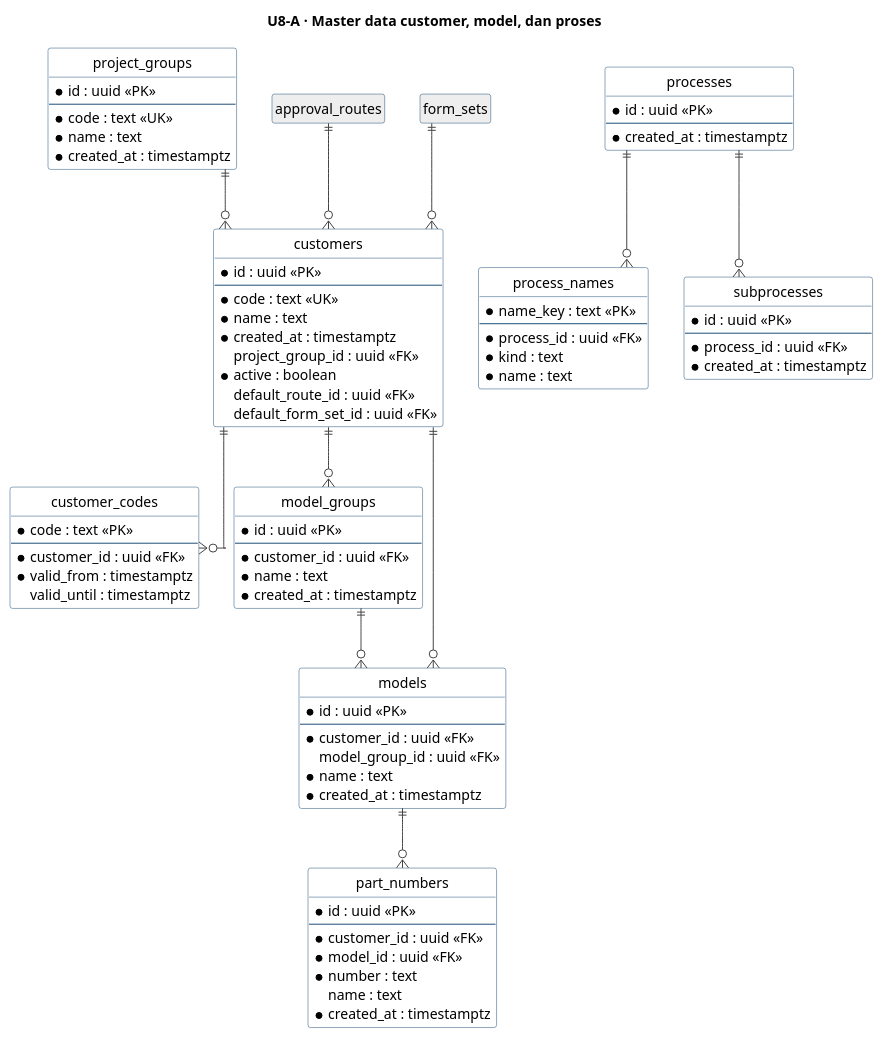
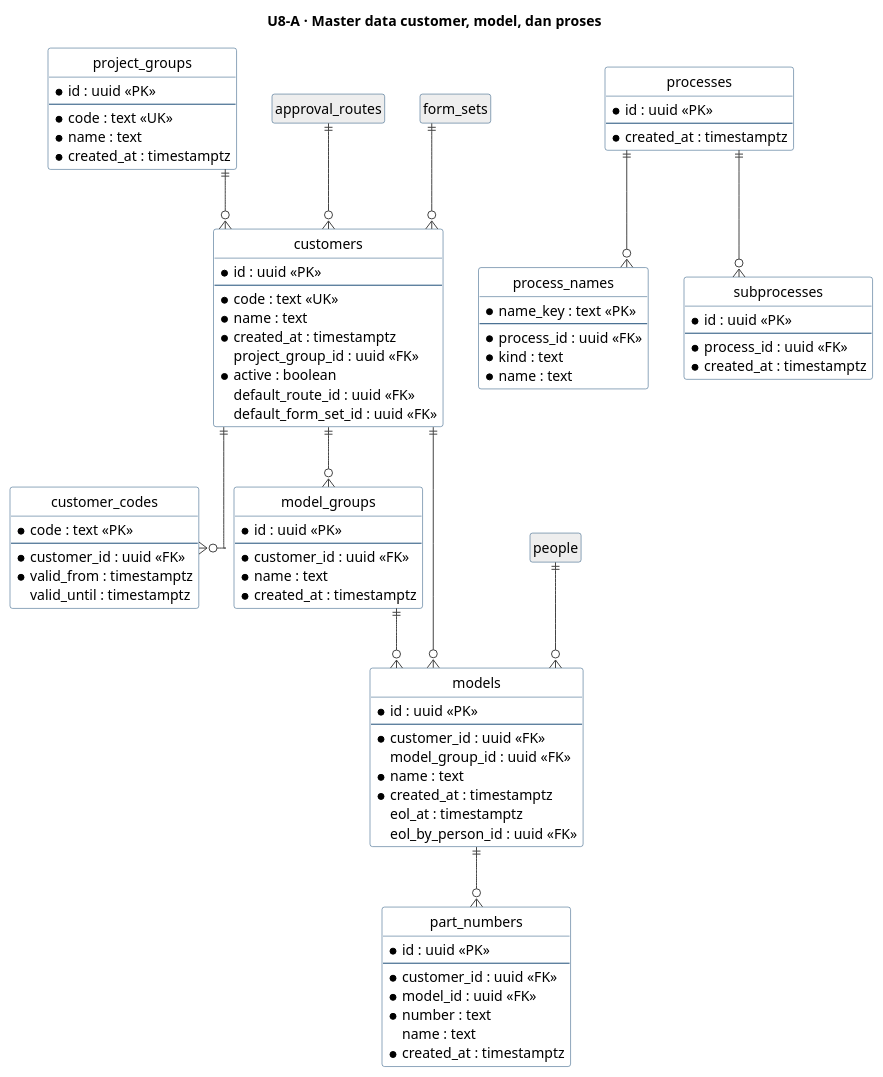
The first of 10 diagrams in docs/uml/U8-erd.puml (dkpauzi/revioten), drawn with PlantUML before and after one commit. The commit also changed other lines of this file and 105 other files, not shown here.

```diff
--- a/docs/uml/U8-erd.puml
+++ b/docs/uml/U8-erd.puml
@@ -16,102 +16,106 @@
 @startuml U8-A-master-data
 hide circle
 hide empty members
 skinparam linetype ortho
 skinparam shadowing false
 skinparam ArrowColor #444444
 skinparam ClassBorderColor #1F4E79
 skinparam ClassBackgroundColor #FFFFFF
 
 title U8-A · Master data customer, model, dan proses
 
 entity "project_groups" as project_groups {
   * id : uuid <<PK>>
   --
   * code : text <<UK>>
   * name : text
   * created_at : timestamptz
 }
 
 entity "customers" as customers {
   * id : uuid <<PK>>
   --
   * code : text <<UK>>
   * name : text
   * created_at : timestamptz
   project_group_id : uuid <<FK>>
   * active : boolean
   default_route_id : uuid <<FK>>
   default_form_set_id : uuid <<FK>>
 }
 
 entity "customer_codes" as customer_codes {
   * code : text <<PK>>
   --
   * customer_id : uuid <<FK>>
   * valid_from : timestamptz
   valid_until : timestamptz
 }
 
 entity "model_groups" as model_groups {
   * id : uuid <<PK>>
   --
   * customer_id : uuid <<FK>>
   * name : text
   * created_at : timestamptz
 }
 
 entity "models" as models {
   * id : uuid <<PK>>
   --
   * customer_id : uuid <<FK>>
   model_group_id : uuid <<FK>>
   * name : text
   * created_at : timestamptz
+  eol_at : timestamptz
+  eol_by_person_id : uuid <<FK>>
 }
 
 entity "part_numbers" as part_numbers {
   * id : uuid <<PK>>
   --
   * customer_id : uuid <<FK>>
   * model_id : uuid <<FK>>
   * number : text
   name : text
   * created_at : timestamptz
 }
 
 entity "processes" as processes {
   * id : uuid <<PK>>
   --
   * created_at : timestamptz
 }
 
 entity "process_names" as process_names {
   * name_key : text <<PK>>
   --
   * process_id : uuid <<FK>>
   * kind : text
   * name : text
 }
 
 entity "subprocesses" as subprocesses {
   * id : uuid <<PK>>
   --
   * process_id : uuid <<FK>>
   * created_at : timestamptz
 }
 
 entity "approval_routes" as approval_routes #EEEEEE
 entity "form_sets" as form_sets #EEEEEE
+entity "people" as people #EEEEEE
 
 customers ||--o{ customer_codes
 approval_routes ||--o{ customers
 form_sets ||--o{ customers
 project_groups ||--o{ customers
 customers ||--o{ model_groups
 customers ||--o{ models
 model_groups ||--o{ models
+people ||--o{ models
 models ||--o{ part_numbers
 processes ||--o{ process_names
 processes ||--o{ subprocesses
 
 @enduml
```
